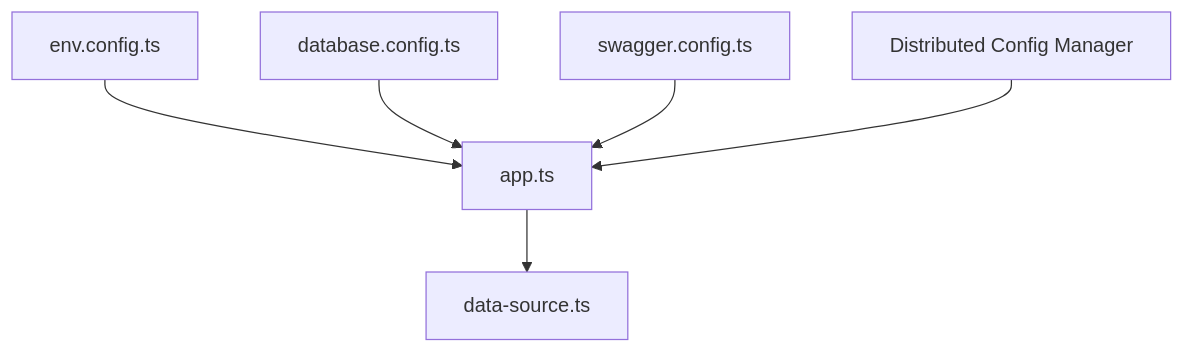
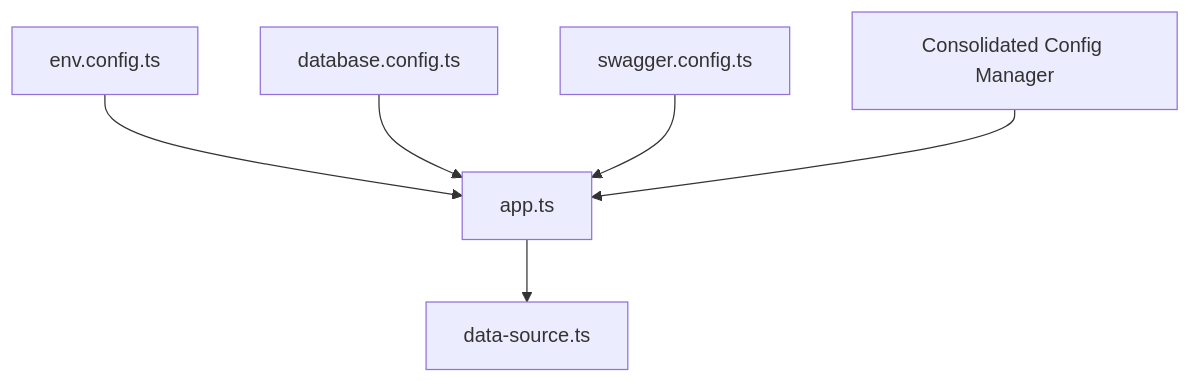
Diagram 15 of 19 in .qoder/repowiki/en/content/System Architecture/Backend Architecture/Backend Architecture.md (franckylab/eLISAschool), drawn with Mermaid before and after one commit. The commit also changed other lines of this file and 97 other files, not shown here.

````diff
--- a/.qoder/repowiki/en/content/System Architecture/Backend Architecture/Backend Architecture.md
+++ b/.qoder/repowiki/en/content/System Architecture/Backend Architecture/Backend Architecture.md
@@ -599,8 +625,8 @@
 ```mermaid
 graph TB
 Env["env.config.ts"] --> App["app.ts"]
 DBConf["database.config.ts"] --> App
 Swagger["swagger.config.ts"] --> App
-DistConfig["Distributed Config Manager"] --> App
+ConsolConfig["Consolidated Config Manager"] --> App
 App --> DataSource["data-source.ts"]
 ```
````
